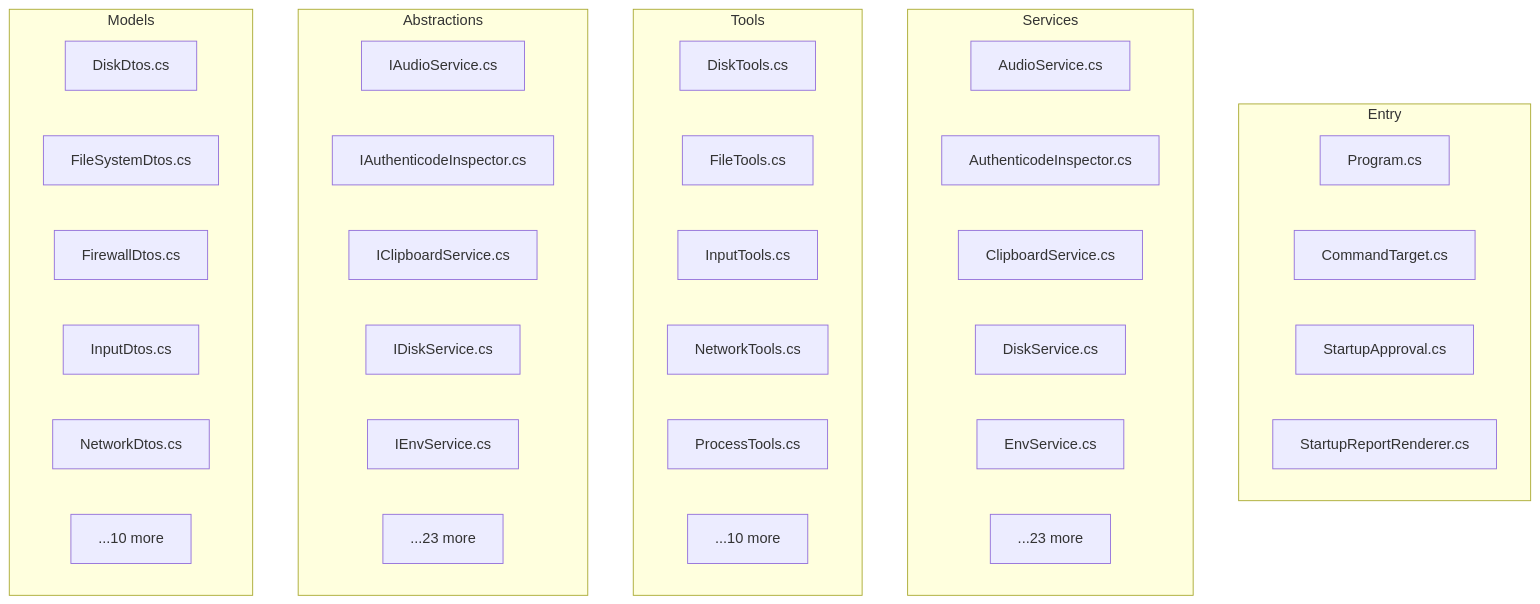
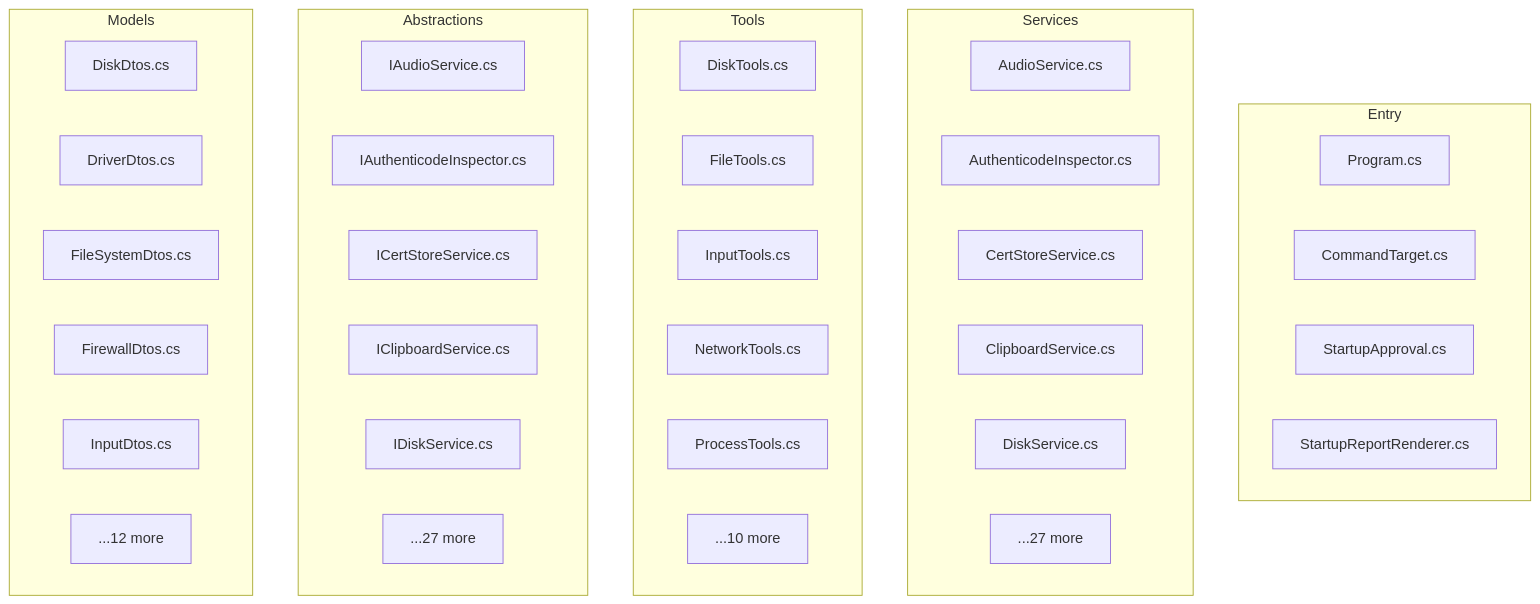
One commit to Steven23456/Windows-mcp changed the diagram in docs/architecture/DEPENDENCY_GRAPH.md. Above: the diagram before and after it, drawn with Mermaid. The commit also changed other lines of this file and 18 other files, not shown here.

````diff
--- a/docs/architecture/DEPENDENCY_GRAPH.md
+++ b/docs/architecture/DEPENDENCY_GRAPH.md
@@ -1419,46 +1553,46 @@
 ```mermaid
 graph TD
     subgraph Entry
         N0[Program.cs]
         N1[CommandTarget.cs]
         N2[StartupApproval.cs]
         N3[StartupReportRenderer.cs]
     end
 
     subgraph Services
         N4[AudioService.cs]
         N5[AuthenticodeInspector.cs]
-        N6[ClipboardService.cs]
-        N7[DiskService.cs]
-        N8[EnvService.cs]
-        N9[...23 more]
+        N6[CertStoreService.cs]
+        N7[ClipboardService.cs]
+        N8[DiskService.cs]
+        N9[...27 more]
     end
 
     subgraph Tools
         N10[DiskTools.cs]
         N11[FileTools.cs]
         N12[InputTools.cs]
         N13[NetworkTools.cs]
         N14[ProcessTools.cs]
         N15[...10 more]
     end
 
     subgraph Abstractions
         N16[IAudioService.cs]
         N17[IAuthenticodeInspector.cs]
-        N18[IClipboardService.cs]
-        N19[IDiskService.cs]
-        N20[IEnvService.cs]
-        N21[...23 more]
+        N18[ICertStoreService.cs]
+        N19[IClipboardService.cs]
+        N20[IDiskService.cs]
+        N21[...27 more]
     end
 
     subgraph Models
         N22[DiskDtos.cs]
-        N23[FileSystemDtos.cs]
-        N24[FirewallDtos.cs]
-        N25[InputDtos.cs]
-        N26[NetworkDtos.cs]
-        N27[...10 more]
+        N23[DriverDtos.cs]
+        N24[FileSystemDtos.cs]
+        N25[FirewallDtos.cs]
+        N26[InputDtos.cs]
+        N27[...12 more]
     end
 
 ```
````
